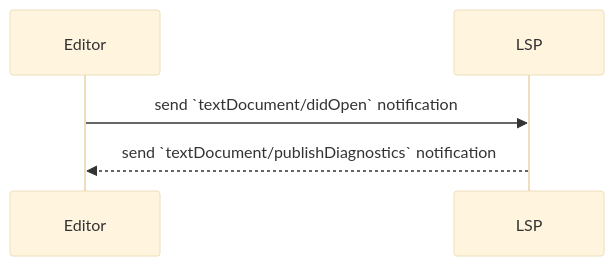
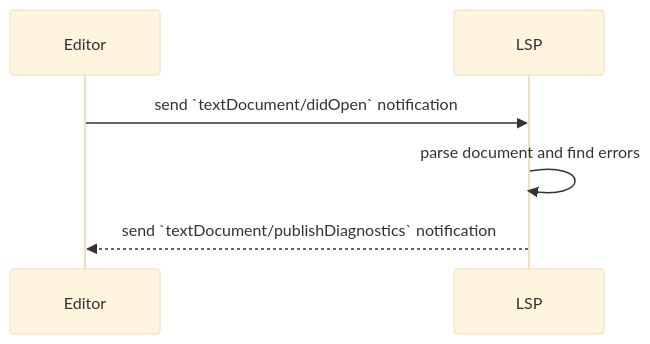
The seventh of 8 diagrams in slides.md (a-h/understanding-lsp), drawn with Mermaid (base theme) before and after one commit. The commit also changed other lines of this file, not shown here.

````diff
--- a/slides.md
+++ b/slides.md
@@ -755,5 +788,6 @@
 ```mermaid
 sequenceDiagram
 	Editor->>LSP: send `textDocument/didOpen` notification
+	LSP->>LSP: parse document and find errors
 	LSP-->>Editor: send `textDocument/publishDiagnostics` notification
 ```
````
